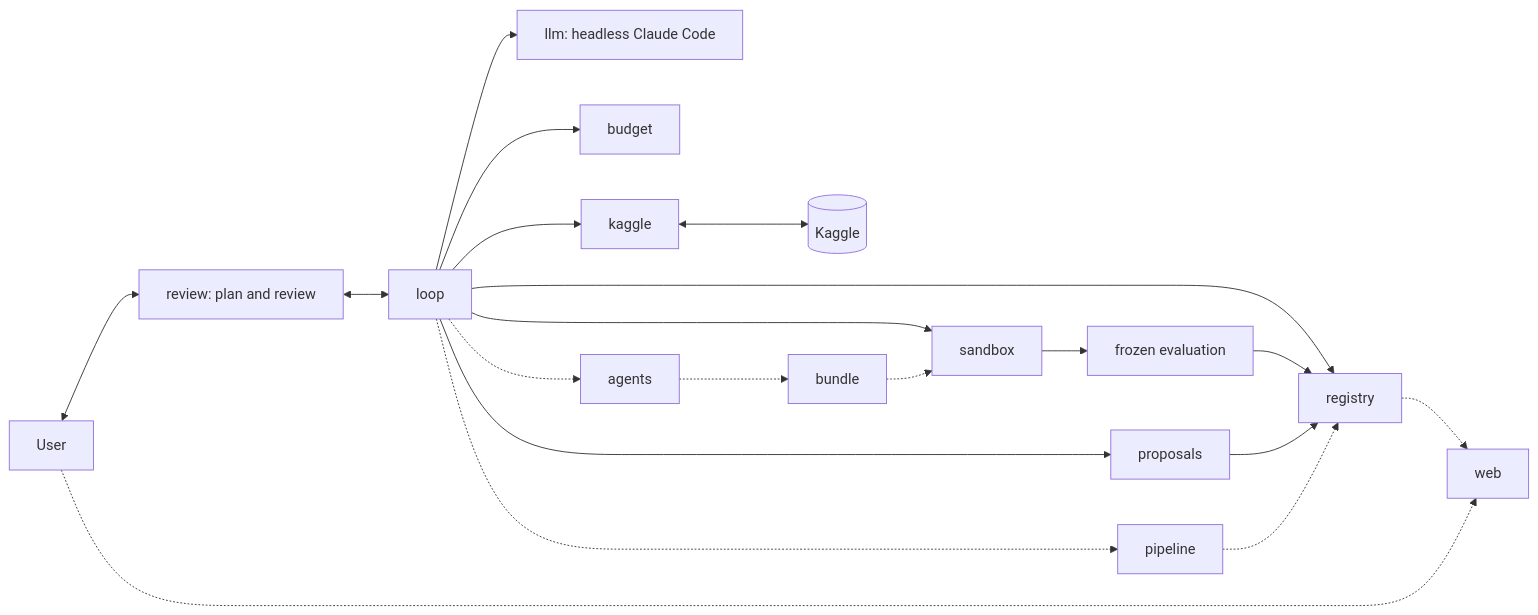
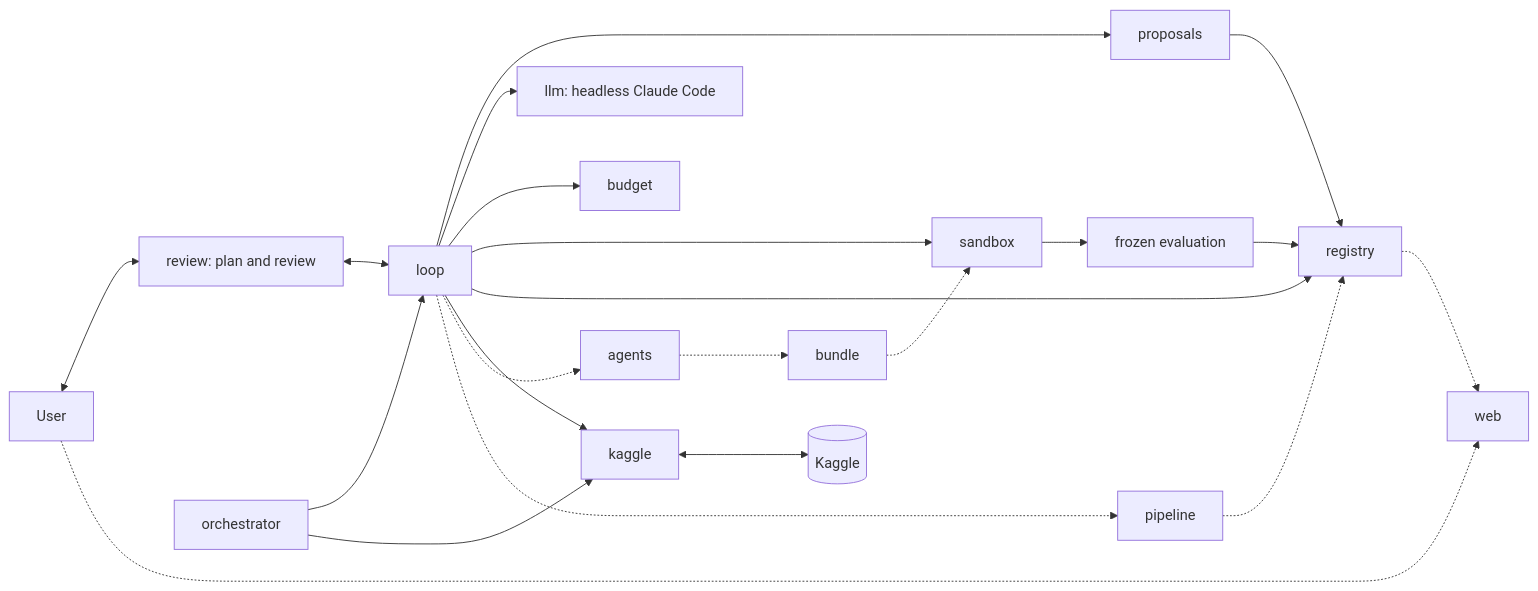
Before and after one commit to a-scaravelli/ds-agent: the diagram in docs/design.md, drawn with Mermaid. The commit also changed other lines of this file and 7 other files, not shown here.

````diff
--- a/docs/design.md
+++ b/docs/design.md
@@ -409,22 +409,24 @@
 ```mermaid
 flowchart LR
     H[User] <--> R[review: plan and review]
     R <--> L[loop]
     L --> P[proposals]
     L --> LM[llm: headless Claude Code]
     L --> B[budget]
     L --> S[sandbox]
     S --> E[frozen evaluation]
     L --> G[registry]
     L --> K[kaggle]
+    O[orchestrator] --> L
+    O --> K
     K <--> KG[(Kaggle)]
     E --> G
     P --> G
     L -.-> AG[agents]
     AG -.-> BU[bundle]
     BU -.-> S
     L -.-> PL[pipeline]
     G -.-> W[web]
     PL -.-> G
     H -.-> W
 ```
````
